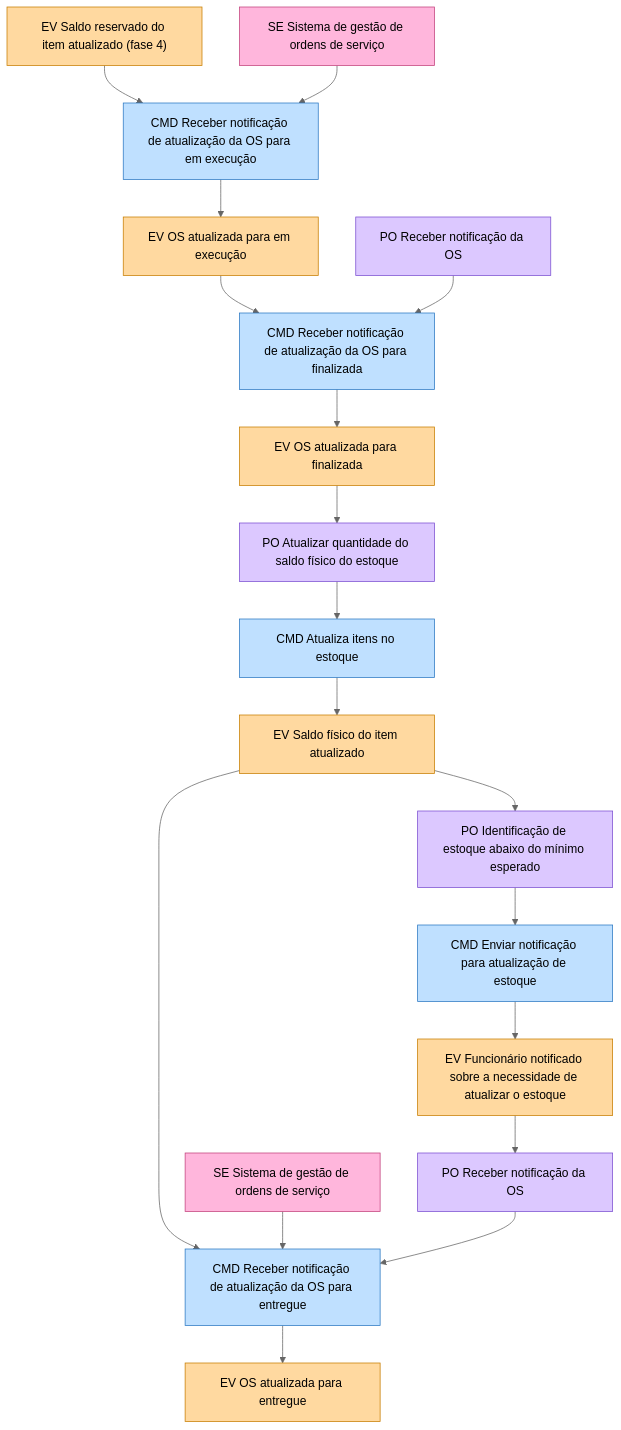
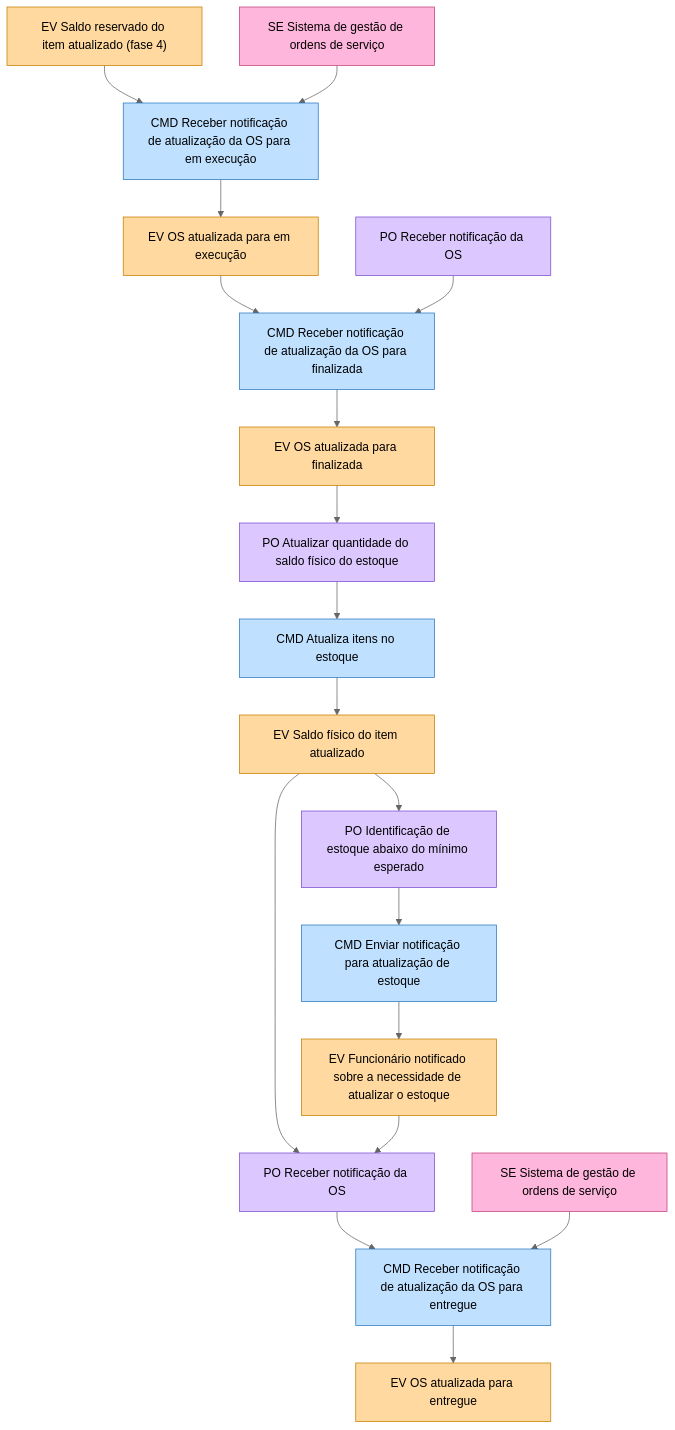
Before and after one commit to raffharah/tech-challenge-oficina: the tenth of 13 diagrams in docs/ddd/event-storming/fluxo-pecas-insumos.md, drawn with Mermaid (neutral theme). The commit also changed other lines of this file and 1 other file, not shown here.

````diff
--- a/docs/ddd/event-storming/fluxo-pecas-insumos.md
+++ b/docs/ddd/event-storming/fluxo-pecas-insumos.md
@@ -321,23 +322,24 @@
 ```mermaid
 flowchart TD
   X["EV Saldo reservado do item atualizado (fase 4)"] --> C1["CMD Receber notificação de atualização da OS para em execução"]
   S1["SE Sistema de gestão de ordens de serviço"] --> C1
   C1 --> E1["EV OS atualizada para em execução"]
   E1 --> C2["CMD Receber notificação de atualização da OS para finalizada"]
   P0["PO Receber notificação da OS"] --> C2
   C2 --> E2["EV OS atualizada para finalizada"]
   E2 --> P1["PO Atualizar quantidade do saldo físico do estoque"] --> C3["CMD Atualiza itens no estoque"] --> E3["EV Saldo físico do item atualizado"]
-  E3 --> C4["CMD Receber notificação de atualização da OS para entregue"] --> E4["EV OS atualizada para entregue"]
+  P3 --> C4["CMD Receber notificação de atualização da OS para entregue"] --> E4["EV OS atualizada para entregue"]
   S2["SE Sistema de gestão de ordens de serviço"] --> C4
   E3 --> P2["PO Identificação de estoque abaixo do mínimo esperado"] --> C5["CMD Enviar notificação para atualização de estoque"] --> E5["EV Funcionário notificado sobre a necessidade de atualizar o estoque"]
-  E5 --> P3["PO Receber notificação da OS"] --> C4
+  E3 --> P3
+  E5 --> P3["PO Receber notificação da OS"]
 
   classDef cmd fill:#bfe0ff,stroke:#2b78c2,color:#000
   classDef ev fill:#ffd9a0,stroke:#c77d00,color:#000
   classDef po fill:#dcc8ff,stroke:#7b4fd1,color:#000
   classDef se fill:#ffb6dc,stroke:#c2417c,color:#000
   class C1,C2,C3,C4,C5 cmd
   class X,E1,E2,E3,E4,E5 ev
   class P0,P1,P2,P3 po
   class S1,S2 se
 ```
````
